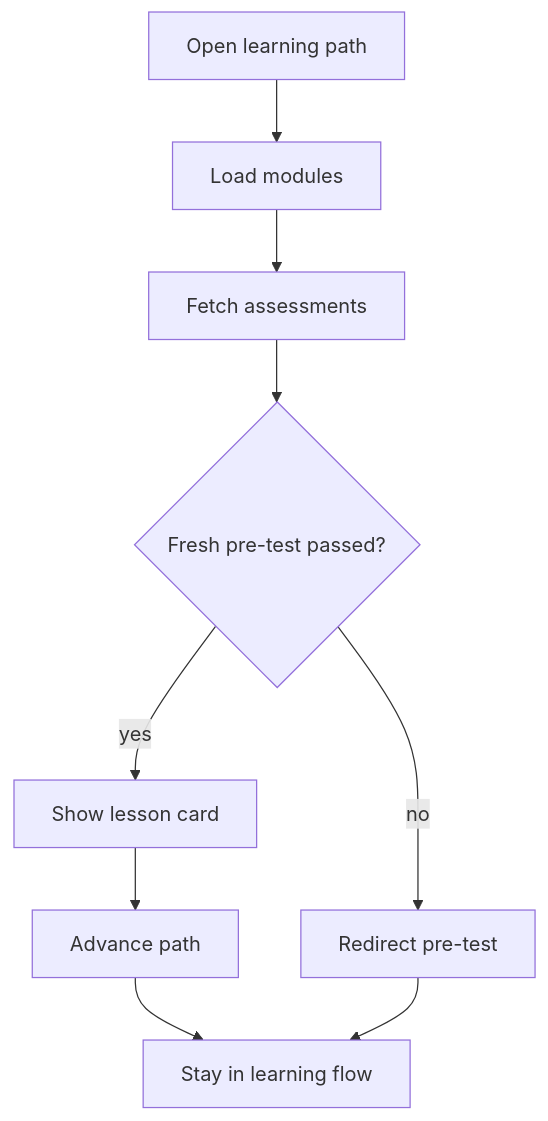
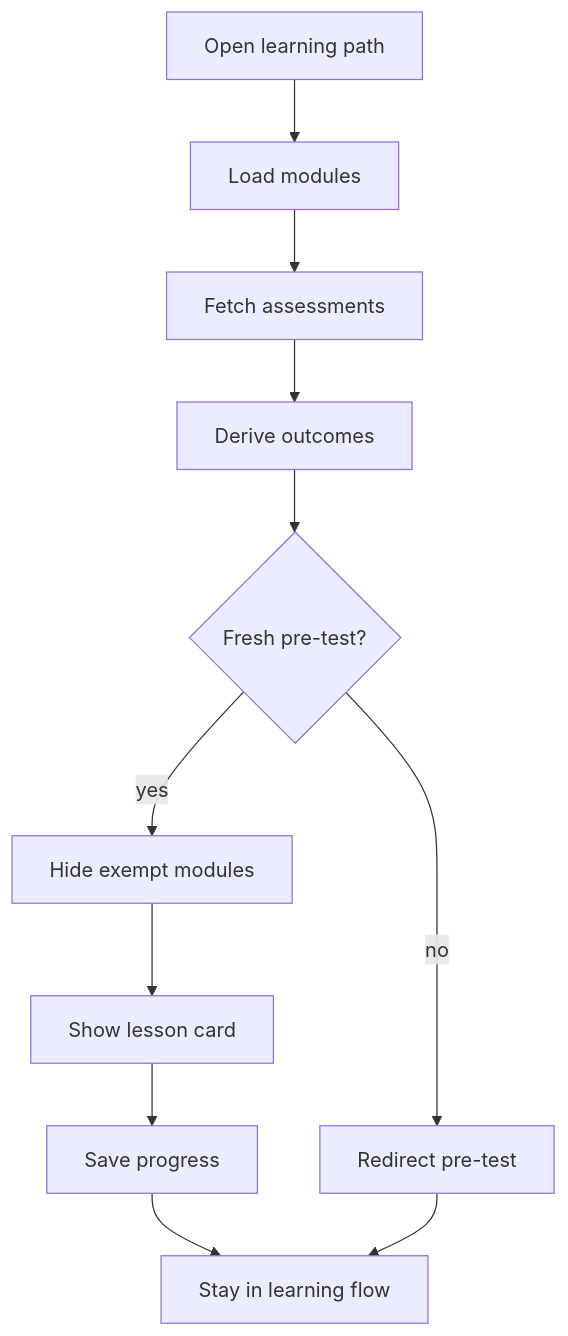
Before and after one commit to JohnAndrewBalbarosa/NeoTerritory: the diagram in docs/Codebase/Frontend/src/components/marketing/patterns/PatternsLearnPage.tsx.md, drawn with Mermaid. The commit also changed other lines of this file and 10 other files, not shown here.

````diff
--- a/docs/Codebase/Frontend/src/components/marketing/patterns/PatternsLearnPage.tsx.md
+++ b/docs/Codebase/Frontend/src/components/marketing/patterns/PatternsLearnPage.tsx.md
@@ -27,16 +27,17 @@
 ```mermaid
 flowchart TD
     Start["Open learning path"]
     N0["Load modules"]
     N1["Fetch assessments"]
-    D0{"Fresh pre-test passed?"}
-    N2["Show lesson card"]
-    N3["Redirect pre-test"]
-    N4["Advance path"]
+    N2["Derive outcomes"]
+    D0{"Fresh pre-test?"}
+    N3["Hide exempt modules"]
+    N4["Show lesson card"]
+    N5["Save progress"]
+    N6["Redirect pre-test"]
     End["Stay in learning flow"]
     Start --> N0
-    N0 --> N1
-    N1 --> D0
-    D0 -->|yes| N2 --> N4 --> End
-    D0 -->|no| N3 --> End
+    N0 --> N1 --> N2 --> D0
+    D0 -->|yes| N3 --> N4 --> N5 --> End
+    D0 -->|no| N6 --> End
 ```
````
